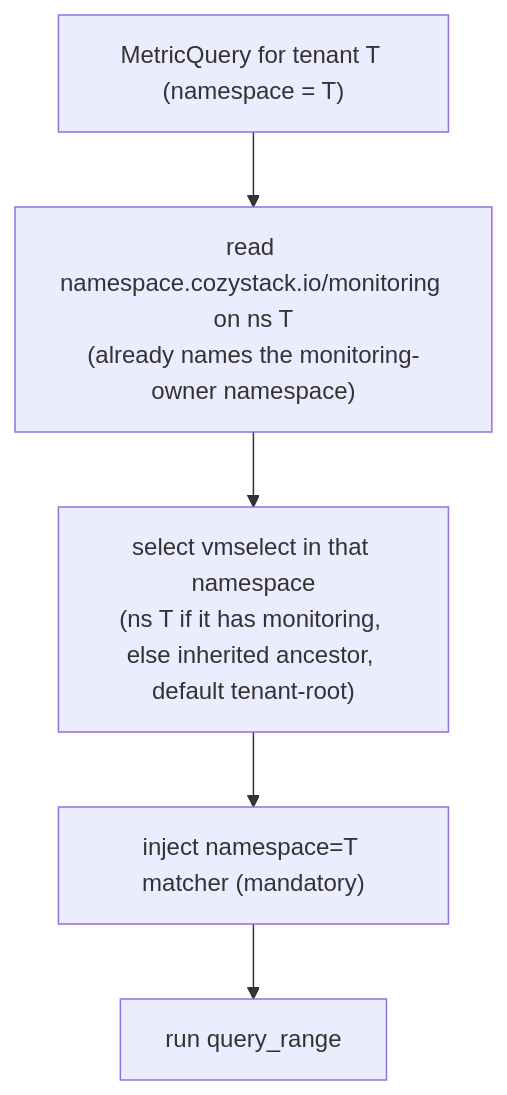
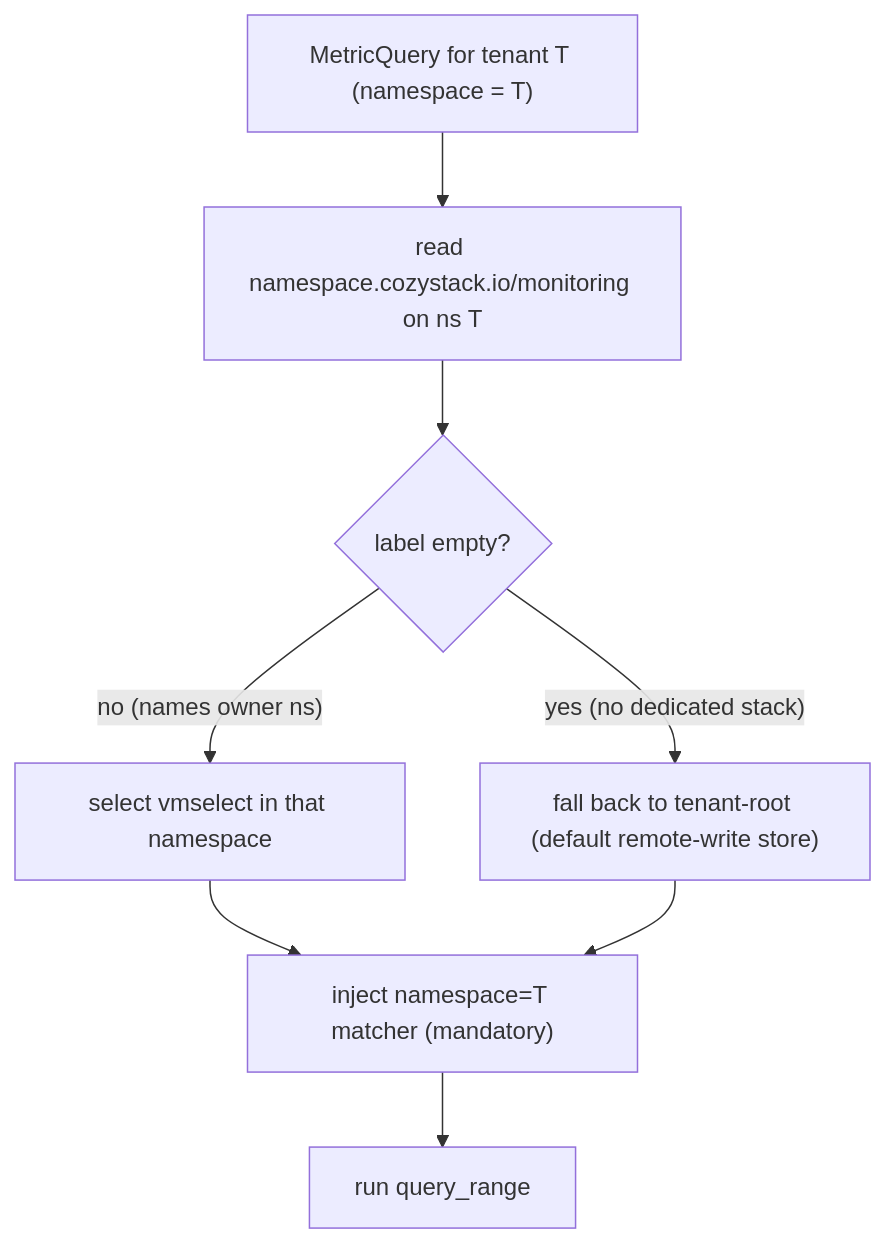
The third of 3 diagrams in design-proposals/tenant-resource-metrics-api/README.md (cozystack/community), drawn with Mermaid before and after one commit. The commit also changed other lines of this file, not shown here.

First line of the commit message:
docs(tenant-resource-metrics-api): fix vmselect resolution default and add Decisions section

````diff
--- a/design-proposals/tenant-resource-metrics-api/README.md
+++ b/design-proposals/tenant-resource-metrics-api/README.md
@@ -161,7 +167,10 @@
 ```mermaid
 flowchart TD
-  Q["MetricQuery for tenant T (namespace = T)"] --> L["read namespace.cozystack.io/monitoring on ns T<br/>(already names the monitoring-owner namespace)"]
-  L --> VSV["select vmselect in that namespace<br/>(ns T if it has monitoring, else inherited ancestor, default tenant-root)"]
+  Q["MetricQuery for tenant T (namespace = T)"] --> L["read namespace.cozystack.io/monitoring on ns T"]
+  L --> C{"label empty?"}
+  C -->|"no (names owner ns)"| VSV["select vmselect in that namespace"]
+  C -->|"yes (no dedicated stack)"| ROOT["fall back to tenant-root (default remote-write store)"]
   VSV --> INJ["inject namespace=T matcher (mandatory)"]
+  ROOT --> INJ
   INJ --> RUN["run query_range"]
 ```
````
